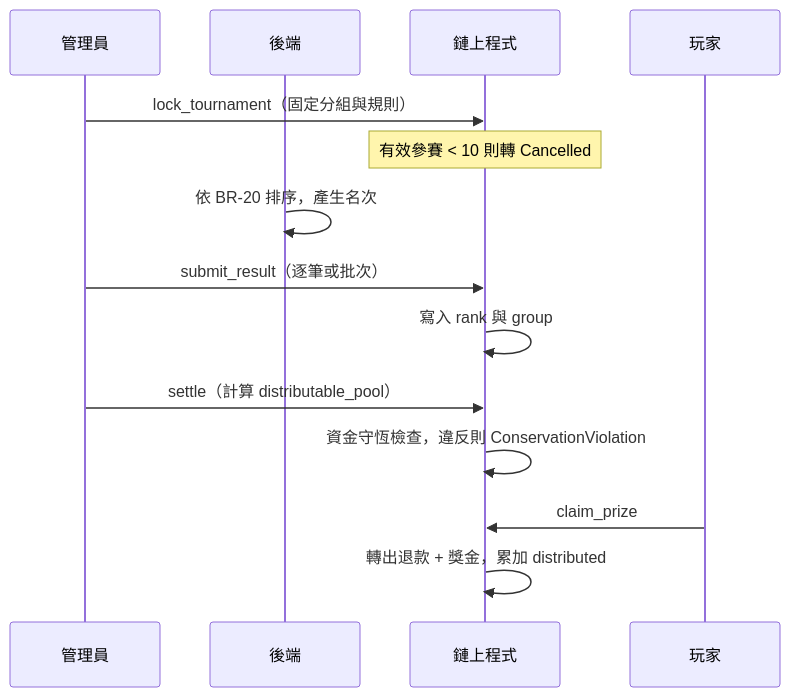
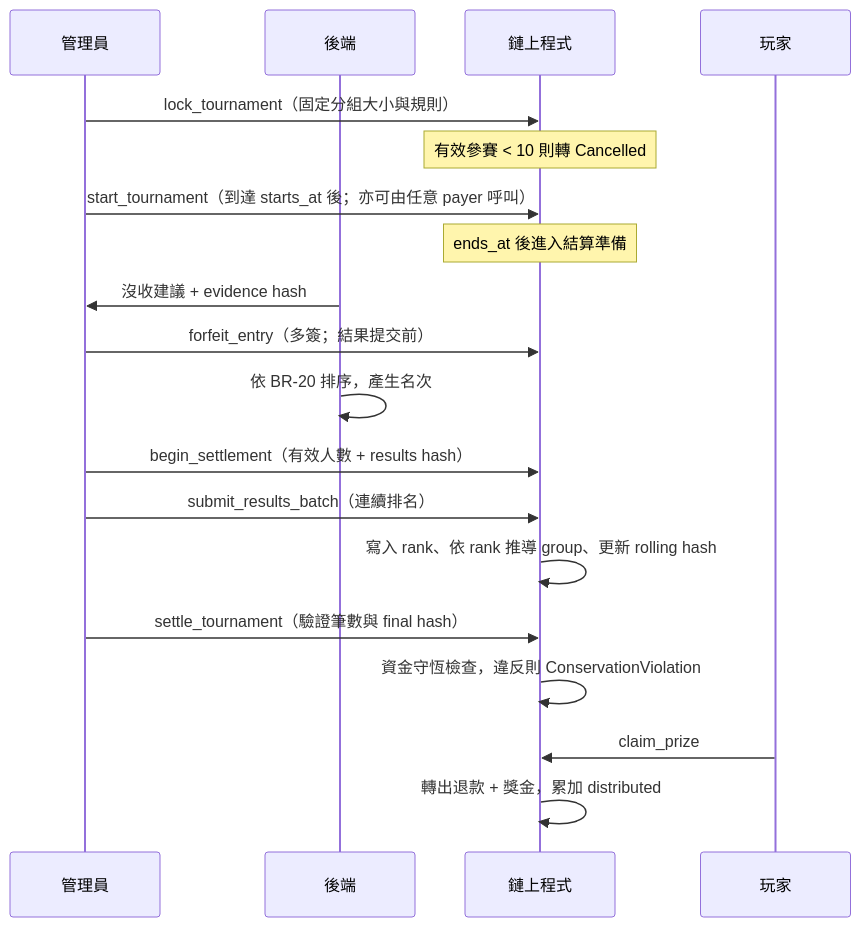
The third of 3 diagrams in docs/sd.md (stan0714/neonshift), drawn with Mermaid before and after one commit. The commit also changed other lines of this file and 2 other files, not shown here.

````diff
--- a/docs/sd.md
+++ b/docs/sd.md
@@ -548,16 +687,21 @@
 ```mermaid
 sequenceDiagram
     participant Adm as 管理員
     participant B as 後端
     participant C as 鏈上程式
     participant P as 玩家
-    Adm->>C: lock_tournament（固定分組與規則）
+    Adm->>C: lock_tournament（固定分組大小與規則）
     Note over C: 有效參賽 < 10 則轉 Cancelled
+    Adm->>C: start_tournament（到達 starts_at 後；亦可由任意 payer 呼叫）
+    Note over C: ends_at 後進入結算準備
+    B->>Adm: 沒收建議 + evidence hash
+    Adm->>C: forfeit_entry（多簽；結果提交前）
     B->>B: 依 BR-20 排序，產生名次
-    Adm->>C: submit_result（逐筆或批次）
-    C->>C: 寫入 rank 與 group
-    Adm->>C: settle（計算 distributable_pool）
+    Adm->>C: begin_settlement（有效人數 + results hash）
+    Adm->>C: submit_results_batch（連續排名）
+    C->>C: 寫入 rank、依 rank 推導 group、更新 rolling hash
+    Adm->>C: settle_tournament（驗證筆數與 final hash）
     C->>C: 資金守恆檢查，違反則 ConservationViolation
     P->>C: claim_prize
     C->>C: 轉出退款 + 獎金，累加 distributed
 ```
````
